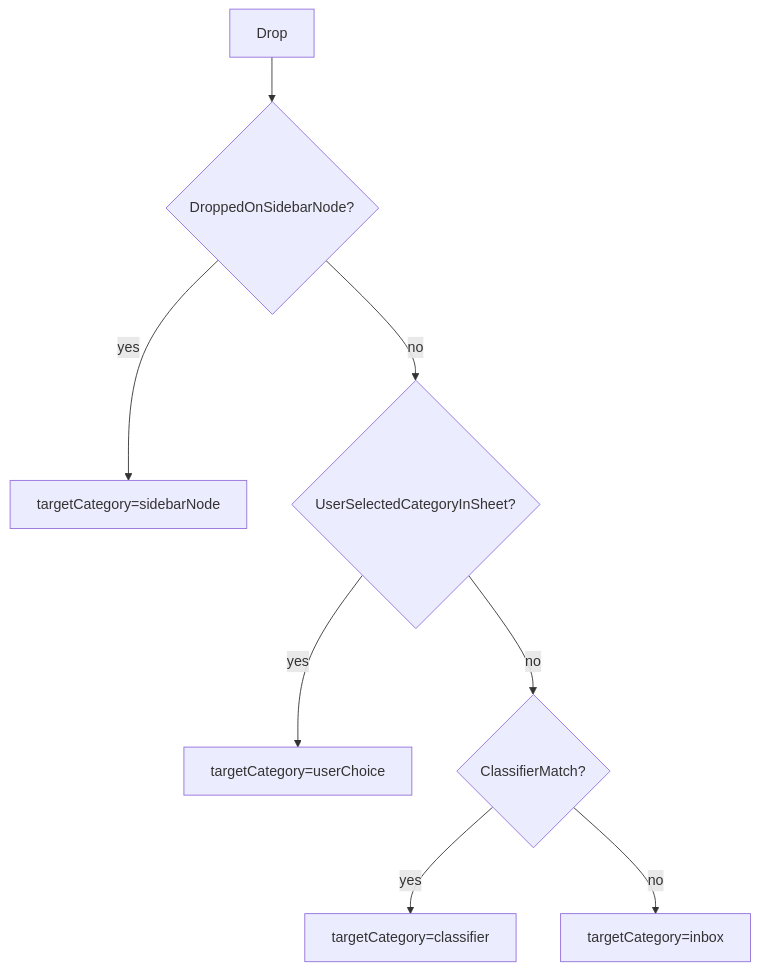
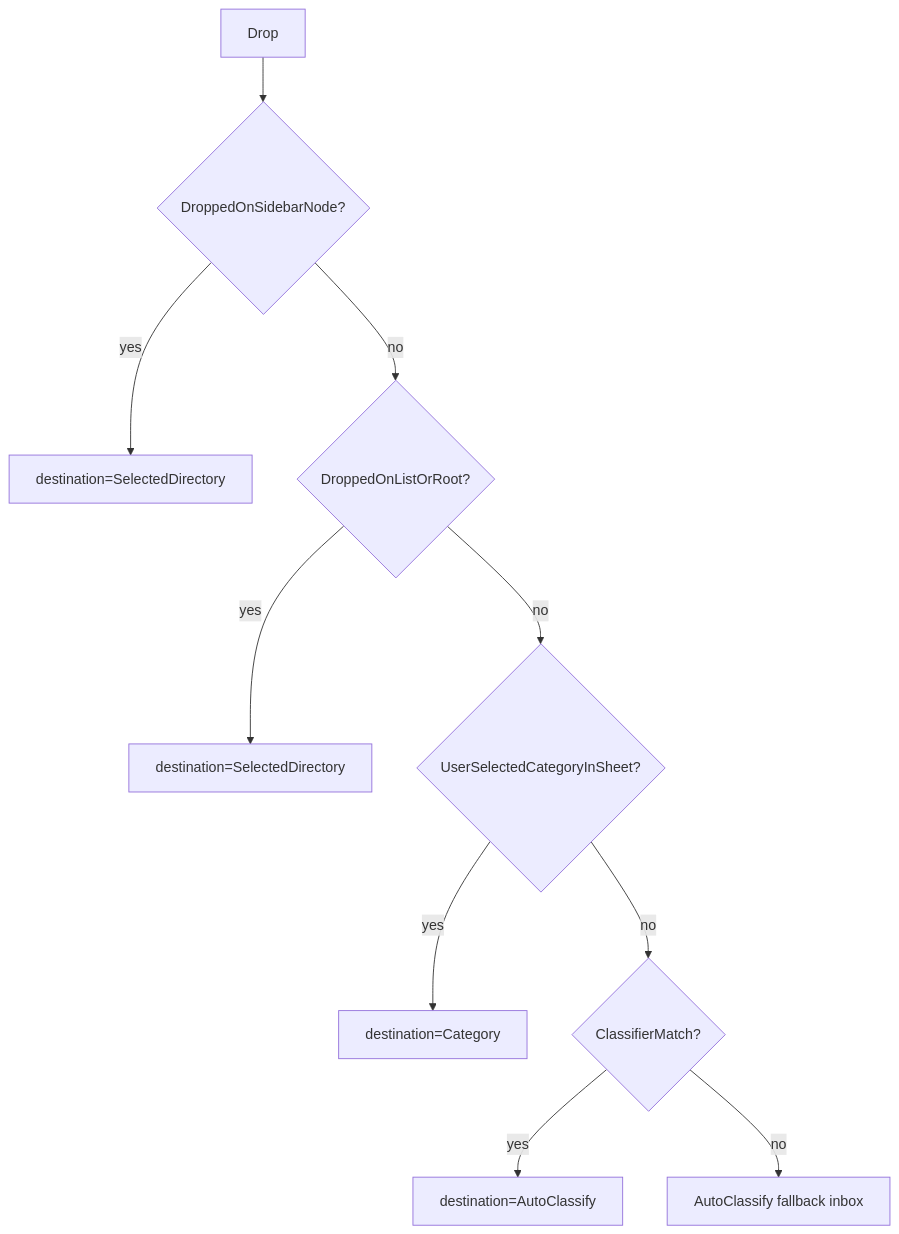
The third of 3 diagrams in docs/ux/drag-import-flow.md (AreaSong/AreaMatrix), drawn with Mermaid before and after one commit. The commit also changed other lines of this file and 27 other files, not shown here.

````diff
--- a/docs/ux/drag-import-flow.md
+++ b/docs/ux/drag-import-flow.md
@@ -440,10 +445,12 @@
 ```mermaid
 flowchart TD
   A[Drop] --> B{DroppedOnSidebarNode?}
-  B -->|yes| T1[targetCategory=sidebarNode]
-  B -->|no| C{UserSelectedCategoryInSheet?}
-  C -->|yes| T2[targetCategory=userChoice]
-  C -->|no| D{ClassifierMatch?}
-  D -->|yes| T3[targetCategory=classifier]
-  D -->|no| T4[targetCategory=inbox]
+  B -->|yes| T1[destination=SelectedDirectory]
+  B -->|no| C{DroppedOnListOrRoot?}
+  C -->|yes| T2[destination=SelectedDirectory]
+  C -->|no| D{UserSelectedCategoryInSheet?}
+  D -->|yes| T3[destination=Category]
+  D -->|no| E{ClassifierMatch?}
+  E -->|yes| T4[destination=AutoClassify]
+  E -->|no| T5[AutoClassify fallback inbox]
 ```
````
